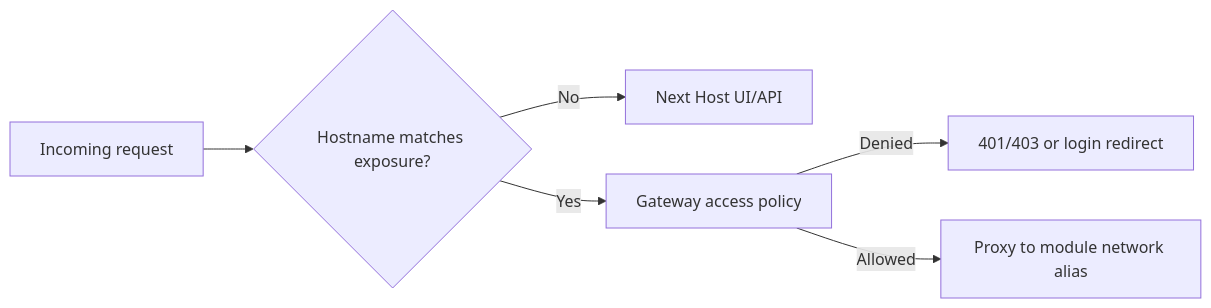
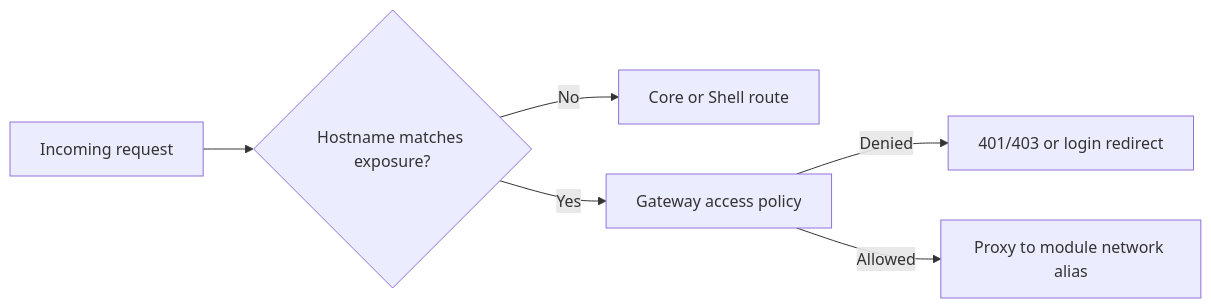
One commit to alex-de-haas/docker-host changed the first of 3 diagrams in docs/features/auth-gateway.md. Above: the diagram before and after it, drawn with Mermaid. The commit also changed other lines of this file and 302 other files, not shown here.

````diff
--- a/docs/features/auth-gateway.md
+++ b/docs/features/auth-gateway.md
@@ -58,8 +58,8 @@
 ```mermaid
 flowchart LR
   R["Incoming request"] --> H{"Hostname matches exposure?"}
-  H -- "No" --> N["Next Host UI/API"]
+  H -- "No" --> N["Core or Shell route"]
   H -- "Yes" --> A["Gateway access policy"]
   A -- "Denied" --> D["401/403 or login redirect"]
   A -- "Allowed" --> P["Proxy to module network alias"]
 ```
````
